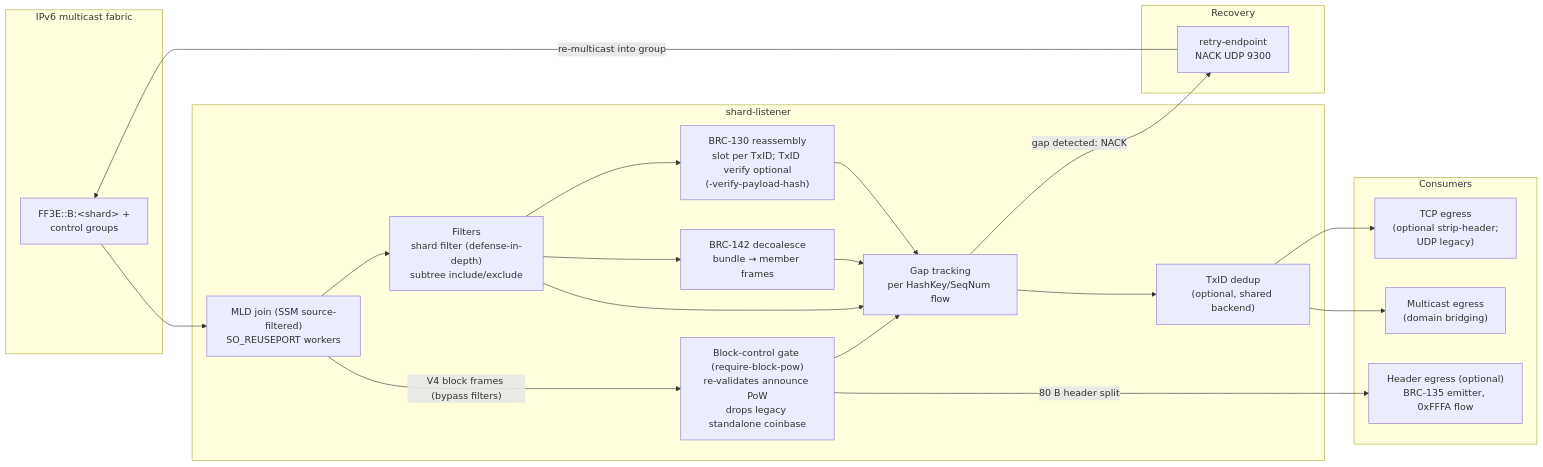
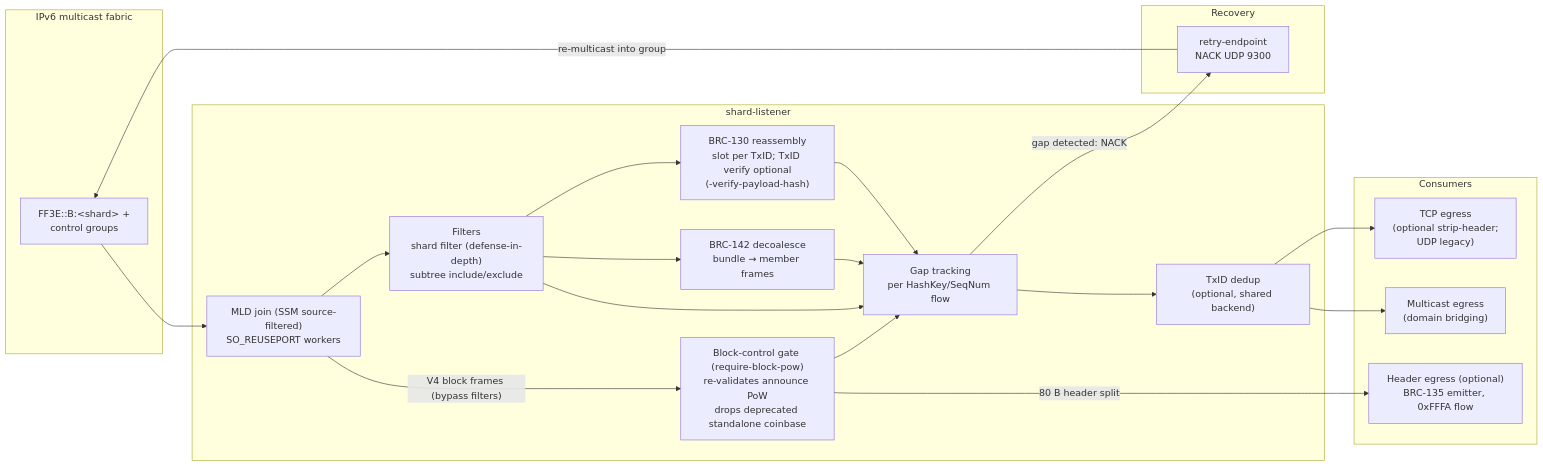
Before and after one commit to lightwebinc/bsv-multicast: the second of 3 diagrams in diagrams/README.md, drawn with Mermaid. The commit also changed 8 other files, not shown here.

Commit message:
[Fix] mark standalone coinbase carriage deprecated

````diff
--- a/diagrams/README.md
+++ b/diagrams/README.md
@@ -66,42 +66,42 @@
 ```mermaid
 flowchart LR
     subgraph fabric["IPv6 multicast fabric"]
         GRP["FF3E::B:&lt;shard&gt; +<br/>control groups"]
     end
 
     subgraph listener["shard-listener"]
         JOIN["MLD join (SSM source-filtered)<br/>SO_REUSEPORT workers"]
         FILT["Filters<br/>shard filter (defense-in-depth)<br/>subtree include/exclude"]
-        BGATE["Block-control gate (require-block-pow)<br/>re-validates announce PoW<br/>drops legacy standalone coinbase"]
+        BGATE["Block-control gate (require-block-pow)<br/>re-validates announce PoW<br/>drops deprecated standalone coinbase"]
         REASM["BRC-130 reassembly<br/>slot per TxID; TxID verify optional<br/>(-verify-payload-hash)"]
         DECO["BRC-142 decoalesce<br/>bundle → member frames"]
         GAP["Gap tracking<br/>per HashKey/SeqNum flow"]
         DEDUP["TxID dedup<br/>(optional, shared backend)"]
     end
 
     subgraph recovery["Recovery"]
         RETRY["retry-endpoint<br/>NACK UDP 9300"]
     end
 
     subgraph consumers["Consumers"]
         TCPOUT["TCP egress<br/>(optional strip-header;<br/>UDP legacy)"]
         MCOUT["Multicast egress<br/>(domain bridging)"]
         HDROUT["Header egress (optional)<br/>BRC-135 emitter, 0xFFFA flow"]
     end
 
     GRP --> JOIN
     JOIN --> FILT
     FILT --> REASM
     FILT --> DECO
     REASM --> GAP
     DECO --> GAP
     FILT --> GAP
     JOIN -->|"V4 block frames (bypass filters)"| BGATE
     BGATE --> GAP
     BGATE -->|"80 B header split"| HDROUT
     GAP -->|"gap detected: NACK"| RETRY
     RETRY -->|"re-multicast into group"| GRP
     GAP --> DEDUP
     DEDUP --> TCPOUT
     DEDUP --> MCOUT
 ```
````
